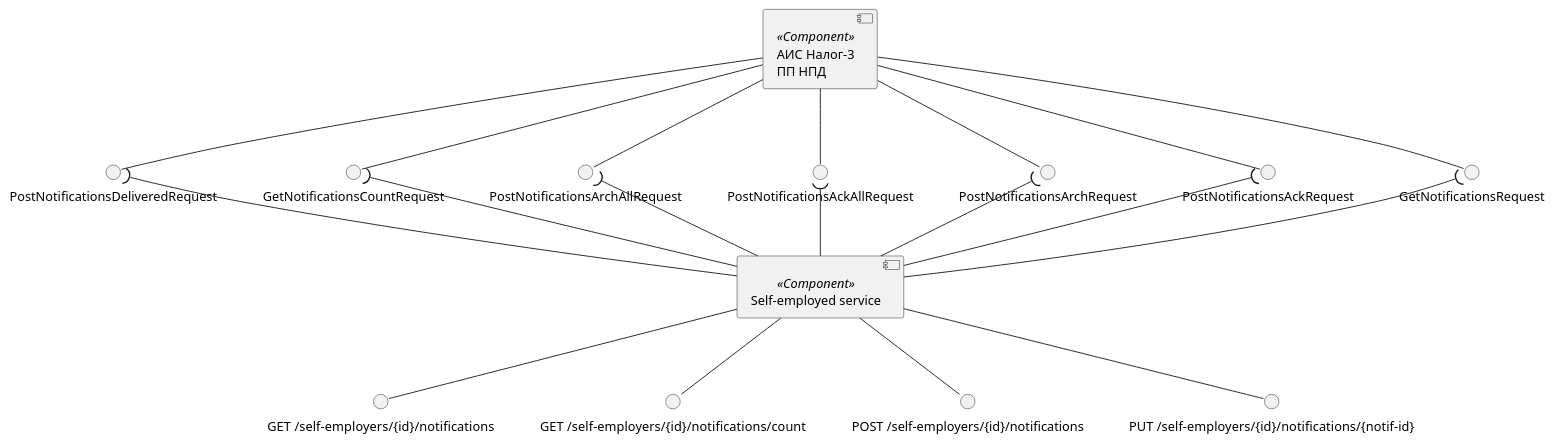
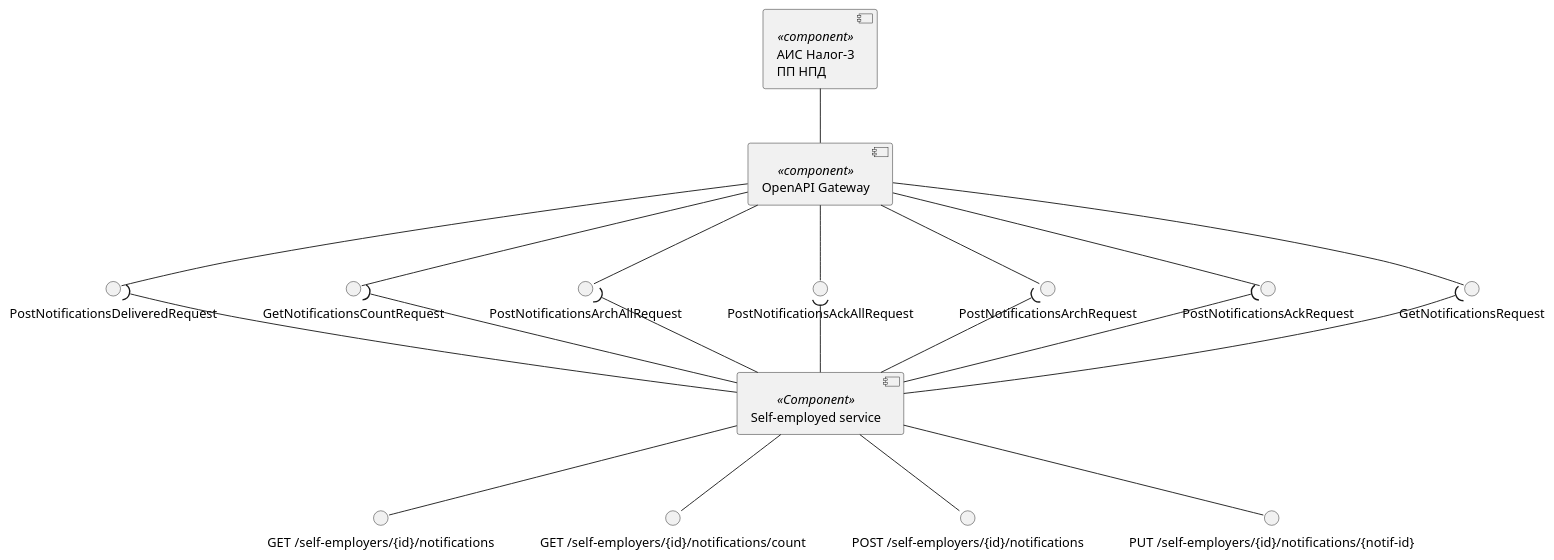
Before and after one commit to RaikBitters/ibank-internal-services: the fifth of 6 diagrams in diagrams/self-employed-service/components.puml, drawn with PlantUML. The commit also changed other lines of this file and 6 other files, not shown here.

Commit message:
Updated self-empl components diagram.

```diff
--- a/diagrams/self-employed-service/components.puml
+++ b/diagrams/self-employed-service/components.puml
@@ -169,39 +177,41 @@
 @startuml notifications-components
 
-component "АИС Налог-3\nПП НПД" as Tax3 <<Component>>
+component "АИС Налог-3\nПП НПД" as Tax3 <<component>>
+component "OpenAPI Gateway" as OpenAPI <<component>>
 interface "GetNotificationsRequest" as GetNotifications
 interface "PostNotificationsAckRequest" as PostNotificationsAck
 interface "PostNotificationsArchRequest" as PostNotificationsArch
 interface "PostNotificationsAckAllRequest" as PostNotificationsAckAll
 interface "PostNotificationsArchAllRequest" as PostNotificationsArchAllRequest
 interface "GetNotificationsCountRequest" as GetNotificationsCount
 interface "PostNotificationsDeliveredRequest" as PostNotificationsDeliveredRequest
 
-Tax3 --() GetNotifications
-Tax3 --() PostNotificationsAck
-Tax3 --() PostNotificationsArch
-Tax3 --() PostNotificationsAckAll
-Tax3 --() PostNotificationsArchAllRequest
-Tax3 --() GetNotificationsCount
-Tax3 --() PostNotificationsDeliveredRequest
+Tax3 -- OpenAPI
+OpenAPI --() GetNotifications
+OpenAPI --() PostNotificationsAck
+OpenAPI --() PostNotificationsArch
+OpenAPI --() PostNotificationsAckAll
+OpenAPI --() PostNotificationsArchAllRequest
+OpenAPI --() GetNotificationsCount
+OpenAPI --() PostNotificationsDeliveredRequest
 
 component "Self-employed service" as SelfEmplService <<Component>>
 interface "GET  /self-employers/{id}/notifications" as getNotifications
 interface "GET  /self-employers/{id}/notifications/count" as getNotificationsCount
 interface "POST /self-employers/{id}/notifications" as postNotifications
 interface "PUT  /self-employers/{id}/notifications/{notif-id}" as putNotificationId
 
 SelfEmplService --() getNotifications
 SelfEmplService --() getNotificationsCount
 SelfEmplService --() postNotifications
 SelfEmplService --() putNotificationId
 
 SelfEmplService -up-( GetNotifications
 SelfEmplService -up-( PostNotificationsAck
 SelfEmplService -up-( PostNotificationsArch
 SelfEmplService -up-( PostNotificationsAckAll
 SelfEmplService -up-( PostNotificationsArchAllRequest
 SelfEmplService -up-( GetNotificationsCount
 SelfEmplService -up-( PostNotificationsDeliveredRequest
 
 @enduml
```
